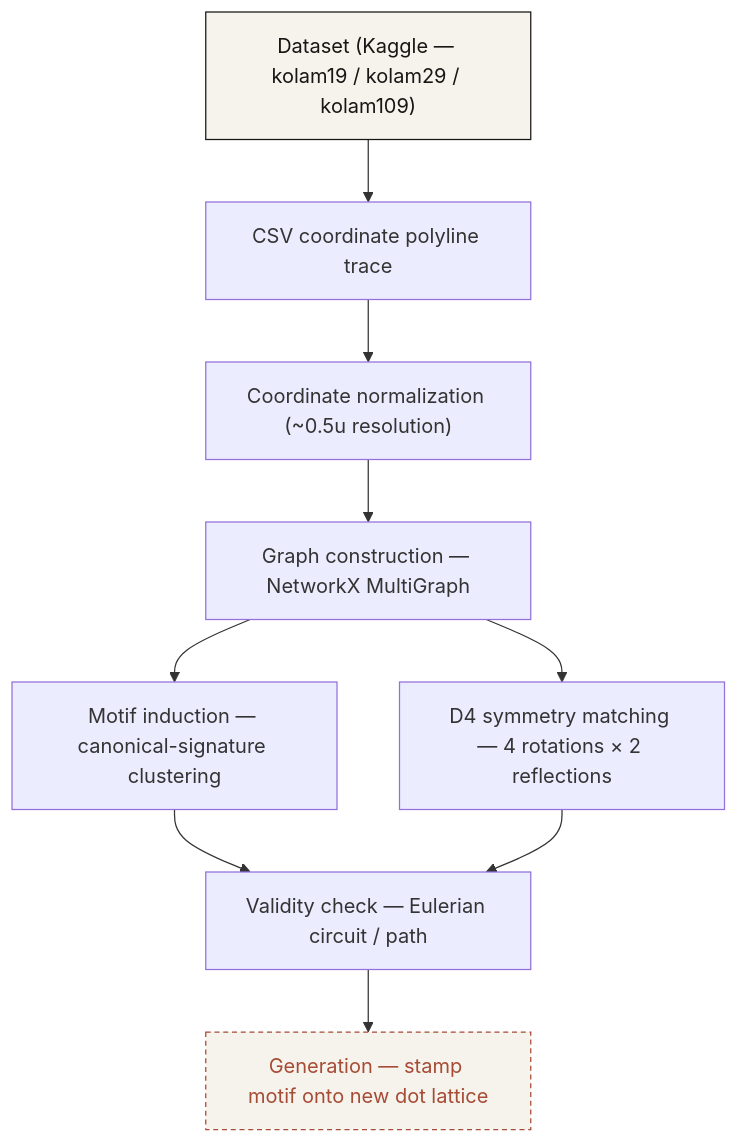
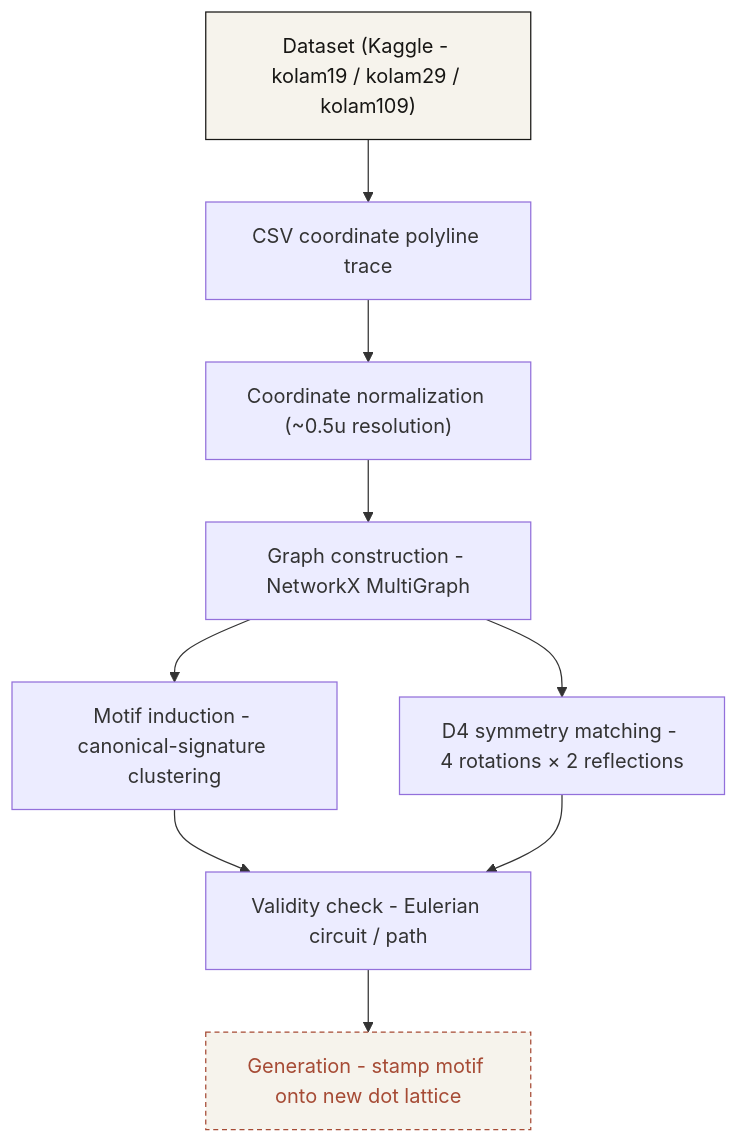
Before and after one commit to LogicVortex123/pulli_kolam: the diagram in README.md, drawn with Mermaid. The commit also changed other lines of this file and 43 other files, not shown here.

````diff
--- a/README.md
+++ b/README.md
@@ -43,14 +43,14 @@
 ```mermaid
 flowchart TD
-    A["Dataset (Kaggle — kolam19 / kolam29 / kolam109)"] --> B["CSV coordinate polyline trace"]
+    A["Dataset (Kaggle - kolam19 / kolam29 / kolam109)"] --> B["CSV coordinate polyline trace"]
     B --> C["Coordinate normalization (~0.5u resolution)"]
-    C --> D["Graph construction — NetworkX MultiGraph"]
-    D --> E["Motif induction — canonical-signature clustering"]
-    D --> F["D4 symmetry matching — 4 rotations × 2 reflections"]
-    E --> G["Validity check — Eulerian circuit / path"]
+    C --> D["Graph construction - NetworkX MultiGraph"]
+    D --> E["Motif induction - canonical-signature clustering"]
+    D --> F["D4 symmetry matching - 4 rotations × 2 reflections"]
+    E --> G["Validity check - Eulerian circuit / path"]
     F --> G
-    G --> H["Generation — stamp motif onto new dot lattice"]
+    G --> H["Generation - stamp motif onto new dot lattice"]
 
     style A fill:#F6F3EC,stroke:#171614,color:#171614
     style H fill:#F6F3EC,stroke:#A64B35,color:#A64B35,stroke-dasharray: 4 3
 ```
````
